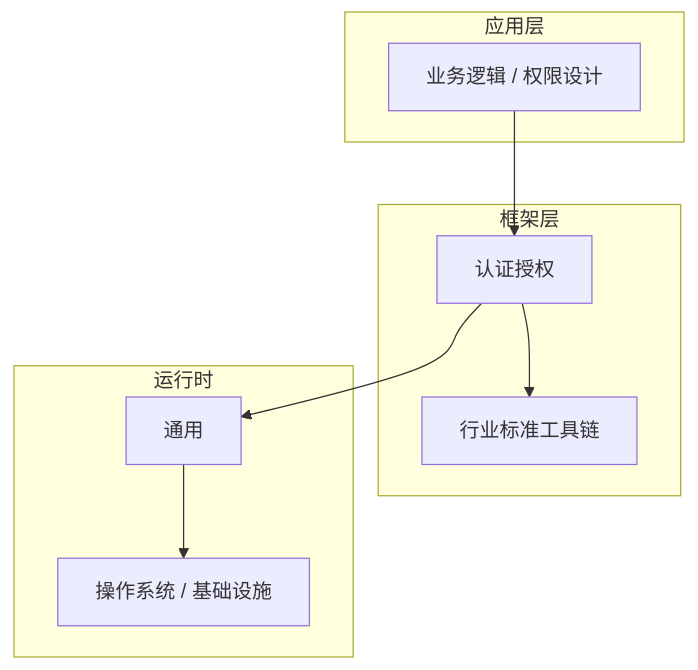
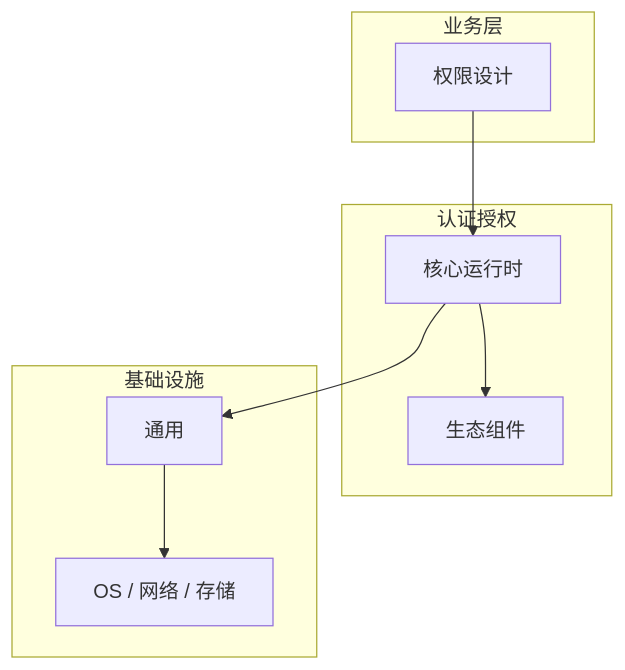
One commit to yanggan2015/knowledge-json-v2 changed the diagram in articles/认证授权/chapters/071-权限设计核心概念与原理.md. Above: the diagram before and after it, drawn with Mermaid. The commit also changed other lines of this file and 10127 other files, not shown here.

````diff
--- a/articles/认证授权/chapters/071-权限设计核心概念与原理.md
+++ b/articles/认证授权/chapters/071-权限设计核心概念与原理.md
@@ -45,18 +34,18 @@
 ```mermaid
 graph TB
-    subgraph 应用层
-        A[业务逻辑 / 权限设计]
+    subgraph 业务层
+        A[权限设计]
     end
-    subgraph 框架层
-        B[认证授权]
-        C[行业标准工具链]
+    subgraph 认证授权
+        B[核心运行时]
+        C[生态组件]
     end
-    subgraph 运行时
+    subgraph 基础设施
         D[通用]
-        E[操作系统 / 基础设施]
+        E[OS / 网络 / 存储]
     end
     A --> B
     B --> C
     B --> D
     D --> E
 ```
````
